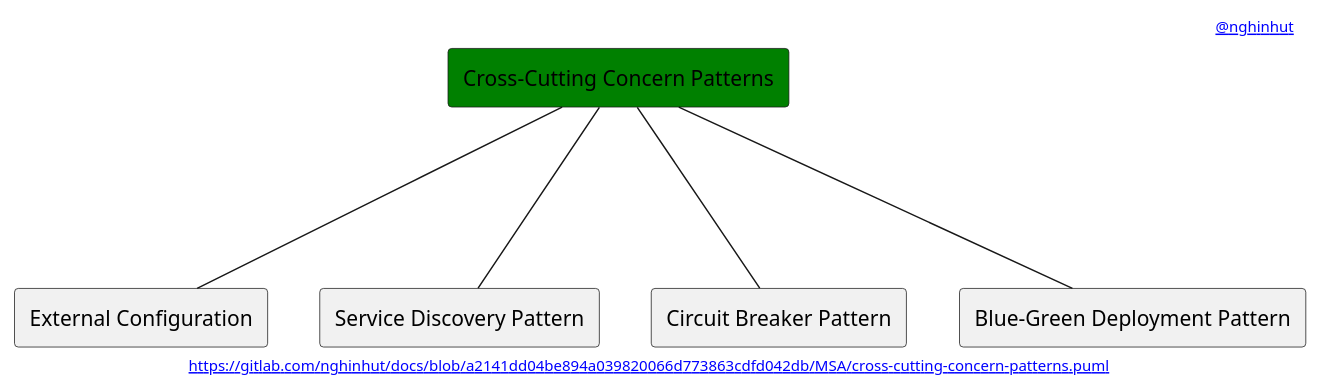
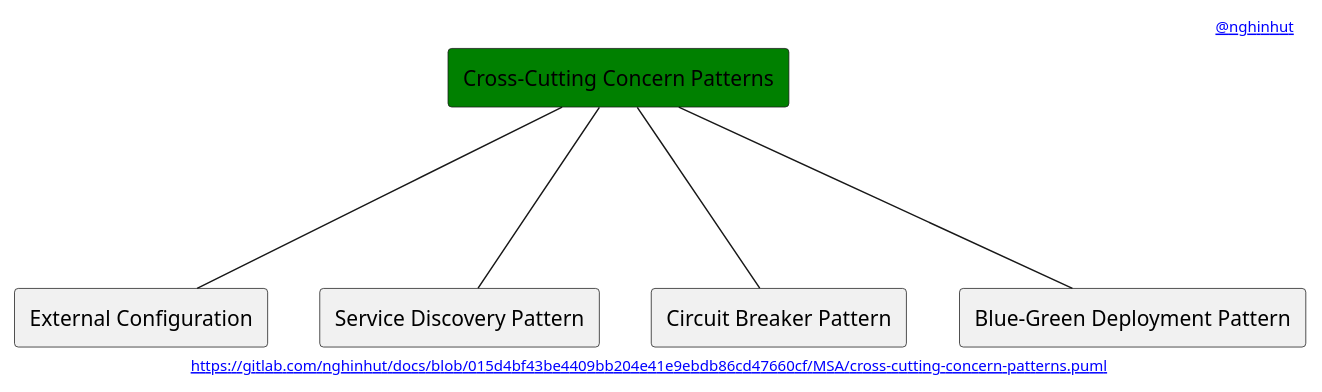
Before and after one commit to nghinhut/docs: the diagram in MSA/cross-cutting-concern-patterns.puml, drawn with PlantUML. The commit also changed 20 other files, not shown here.

Commit message:
Update diagrams

```diff
--- a/MSA/cross-cutting-concern-patterns.puml
+++ b/MSA/cross-cutting-concern-patterns.puml
@@ -1,18 +1,18 @@
 @startuml
 '-----START auto generated metadata please keep comment here to allow auto update-----
 '-----DON'T EDIT THIS SECTION, INSTEAD RE-RUN prebuild.sh TO UPDATE-----
-header [[https://www.nghinhut.dev?from=http%5C%3A%5C%2F%5C%2Fwww%5C.plantuml%5C.com%5C%2Fplantuml%5C%2Fproxy%3Ffmt%3Dsvg%5C%26src%3Dhttps%5C%3A%5C%2F%5C%2Fgitlab%5C.com%5C%2Fnghinhut%5C%2Fdocs%5C%2Fraw%5C%2Fa2141dd04be894a039820066d773863cdfd042db%5C%2FMSA%5C%2Fcross-cutting-concern-patterns%5C.puml%0A @nghinhut]]
-footer [[http://www.plantuml.com/plantuml/proxy?fmt=svg&src=https://gitlab.com/nghinhut/docs/raw/a2141dd04be894a039820066d773863cdfd042db/MSA/cross-cutting-concern-patterns.puml https://gitlab.com/nghinhut/docs/blob/a2141dd04be894a039820066d773863cdfd042db/MSA/cross-cutting-concern-patterns.puml]]
+header [[https://www.nghinhut.dev?from=http%5C%3A%5C%2F%5C%2Fwww%5C.plantuml%5C.com%5C%2Fplantuml%5C%2Fproxy%3Ffmt%3Dsvg%5C%26src%3Dhttps%5C%3A%5C%2F%5C%2Fgitlab%5C.com%5C%2Fnghinhut%5C%2Fdocs%5C%2Fraw%5C%2F015d4bf43be4409bb204e41e9ebdb86cd47660cf%5C%2FMSA%5C%2Fcross-cutting-concern-patterns%5C.puml%0A @nghinhut]]
+footer [[http://www.plantuml.com/plantuml/proxy?fmt=svg&src=https://gitlab.com/nghinhut/docs/raw/015d4bf43be4409bb204e41e9ebdb86cd47660cf/MSA/cross-cutting-concern-patterns.puml https://gitlab.com/nghinhut/docs/blob/015d4bf43be4409bb204e41e9ebdb86cd47660cf/MSA/cross-cutting-concern-patterns.puml]]
 '-----END auto generated metadata please keep comment here to allow auto update-----
 
 rectangle "Cross-Cutting Concern Patterns" as CrossCuttingConcern #green
 
 rectangle "External Configuration" as CrossCuttingConcernP1
 rectangle "Service Discovery Pattern" as CrossCuttingConcernP2
 rectangle "Circuit Breaker Pattern" as CrossCuttingConcernP3
 rectangle "Blue-Green Deployment Pattern" as CrossCuttingConcernP4
 CrossCuttingConcern --- CrossCuttingConcernP1
 CrossCuttingConcern --- CrossCuttingConcernP2
 CrossCuttingConcern --- CrossCuttingConcernP3
 CrossCuttingConcern --- CrossCuttingConcernP4
 @enduml
```
